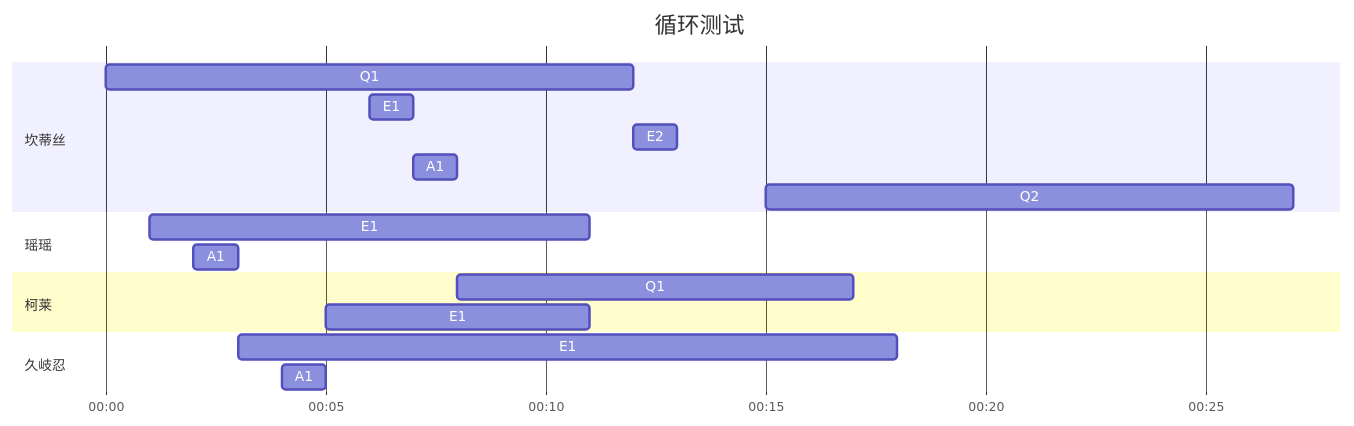
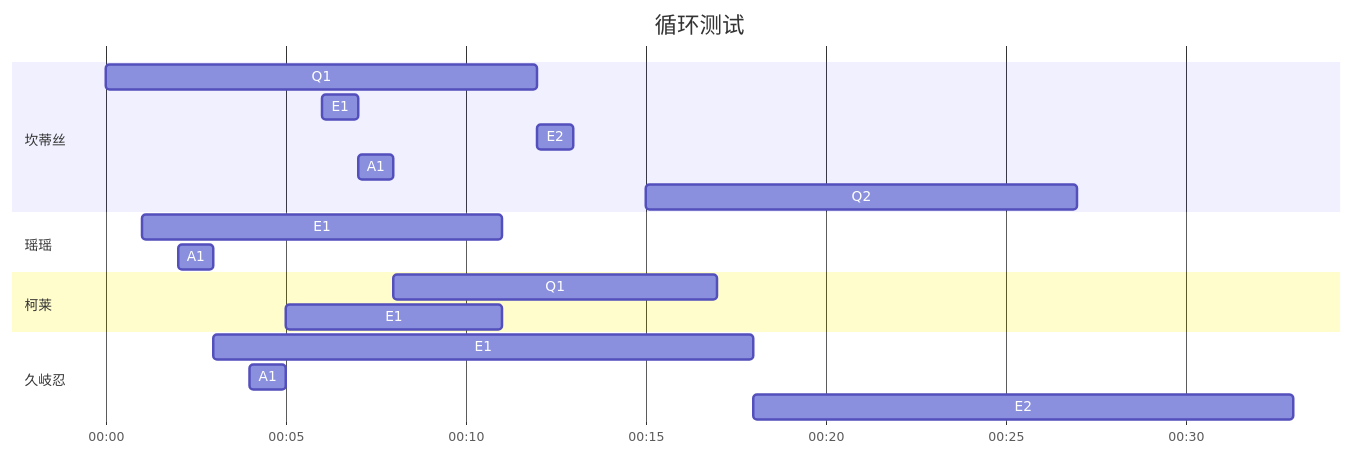
Before and after one commit to JiYouMCC/JiYouMCC.github.io: the second of 2 diagrams in _drafts/2022-1.md, drawn with Mermaid.

````diff
--- a/_drafts/2022-1.md
+++ b/_drafts/2022-1.md
@@ -21,27 +21,28 @@
 ```mermaid
 gantt
     title 循环测试
     axisFormat %M:%S
     todayMarker off
     
     section 坎蒂丝
     Q1   :    2023-01-29 12:00:00, 12s
     E1   :    2023-01-29 12:00:06, 1s
     E2   :    2023-01-29 12:00:12, 1s
     A1   :    2023-01-29 12:00:07, 1s
     Q2   :    2023-01-29 12:00:15, 12s
     
     section 瑶瑶
     E1   :    2023-01-29 12:00:01, 10s
     A1   :    2023-01-29 12:00:02, 1s
     
     section 柯莱
     Q1   :    2023-01-29 12:00:08, 9s
     E1   :    2023-01-29 12:00:05, 6s
     
     section 久岐忍
     E1   :    2023-01-29 12:00:03, 15s
     A1   :    2023-01-29 12:00:04, 1s
+    E2   :    2023-01-29 12:00:18, 15s
     
     
 ```
````
